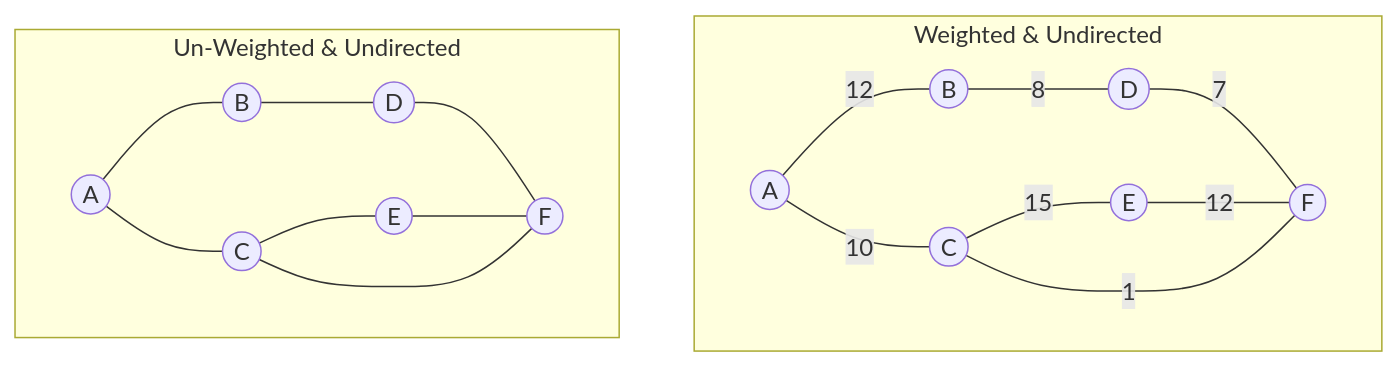
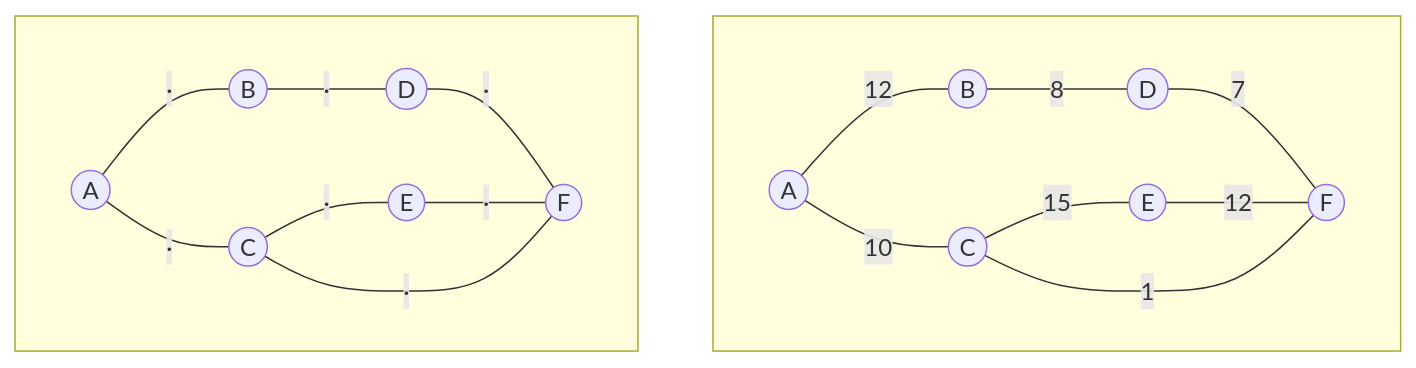
Before and after one commit to uncle-yi/uncle-yi.github.io: the third of 4 diagrams in _posts/2023-01-18-graph-neural-network-basics.md, drawn with Mermaid. The commit also changed other lines of this file, not shown here.

````diff
--- a/_posts/2023-01-18-graph-neural-network-basics.md
+++ b/_posts/2023-01-18-graph-neural-network-basics.md
@@ -85,35 +79,35 @@
 ```mermaid
 flowchart TB
 
-subgraph Weighted & Undirected
+subgraph  
 A2(("A"))
 B2(("B"))
 C2(("C"))
 D2(("D"))
 E2(("E"))
 F2(("F"))
 A2--12---B2
 A2--10---C2
 C2--15---E2
 C2--1---F2
 D2--7---F2
 B2--8---D2
 E2--12---F2
 end
 
-subgraph Un-Weighted & Undirected 
+subgraph  
 A1(("A"))
 B1(("B"))
 C1(("C"))
 D1(("D"))
 E1(("E"))
 F1(("F"))
-A1---B1
-A1---C1
-C1---E1
-C1---F1
-D1---F1
-B1---D1
-E1---F1
+A1--"·"---B1
+A1--"·"---C1
+C1--"·"---E1
+C1--"·"---F1
+D1--"·"---F1
+B1--"·"---D1
+E1--"·"---F1
 end
 ```
````
